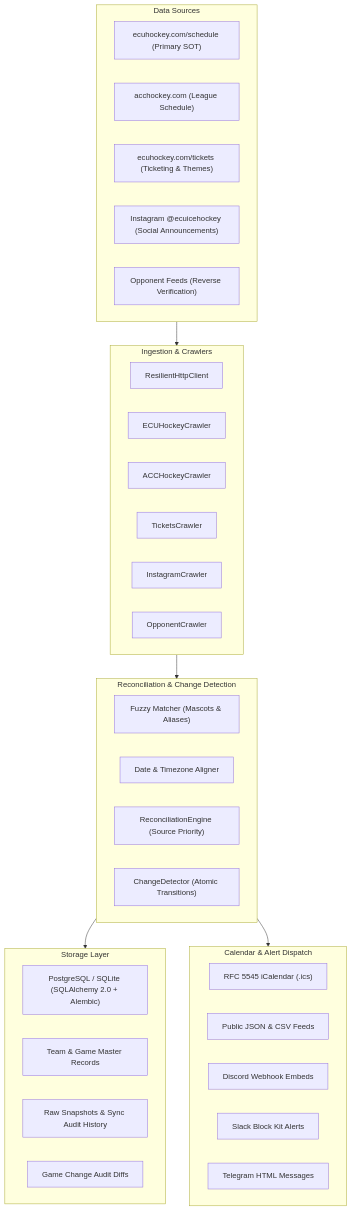
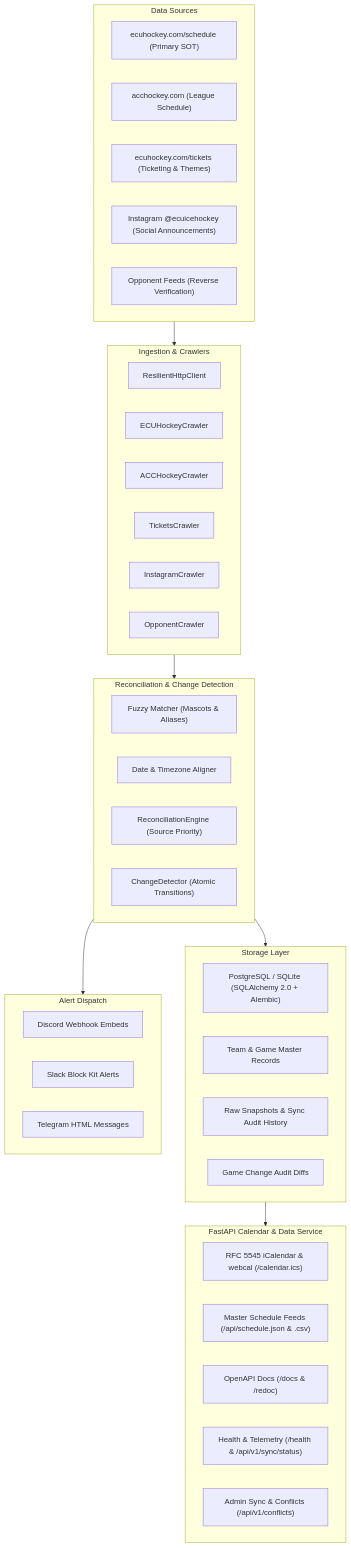
The diagram in README.md (bdperkin/ecu-hockey-calendar), drawn with Mermaid before and after one commit. The commit also changed other lines of this file and 6 other files, not shown here.

````diff
--- a/README.md
+++ b/README.md
@@ -46,46 +50,53 @@
 ```mermaid
 flowchart TD
     subgraph SOT["Data Sources"]
         S1["ecuhockey.com/schedule (Primary SOT)"]
         S2["acchockey.com (League Schedule)"]
         S3["ecuhockey.com/tickets (Ticketing & Themes)"]
         S4["Instagram @ecuicehockey (Social Announcements)"]
         S5["Opponent Feeds (Reverse Verification)"]
     end
 
     subgraph WORKER["Ingestion & Crawlers"]
         W1["ResilientHttpClient"]
         W2["ECUHockeyCrawler"]
         W3["ACCHockeyCrawler"]
         W4["TicketsCrawler"]
         W5["InstagramCrawler"]
         W6["OpponentCrawler"]
     end
 
     subgraph REC["Reconciliation & Change Detection"]
         R1["Fuzzy Matcher (Mascots & Aliases)"]
         R2["Date & Timezone Aligner"]
         R3["ReconciliationEngine (Source Priority)"]
         R4["ChangeDetector (Atomic Transitions)"]
     end
 
     subgraph DB["Storage Layer"]
         D1["PostgreSQL / SQLite (SQLAlchemy 2.0 + Alembic)"]
         D2["Team & Game Master Records"]
         D3["Raw Snapshots & Sync Audit History"]
         D4["Game Change Audit Diffs"]
     end
 
-    subgraph OUT["Calendar & Alert Dispatch"]
-        A1["RFC 5545 iCalendar (.ics)"]
-        A2["Public JSON & CSV Feeds"]
-        A3["Discord Webhook Embeds"]
-        A4["Slack Block Kit Alerts"]
-        A5["Telegram HTML Messages"]
+    subgraph API["FastAPI Calendar & Data Service"]
+        P1["RFC 5545 iCalendar & webcal (/calendar.ics)"]
+        P2["Master Schedule Feeds (/api/schedule.json & .csv)"]
+        P3["OpenAPI Docs (/docs & /redoc)"]
+        P4["Health & Telemetry (/health & /api/v1/sync/status)"]
+        P5["Admin Sync & Conflicts (/api/v1/conflicts)"]
+    end
+
+    subgraph OUT["Alert Dispatch"]
+        A1["Discord Webhook Embeds"]
+        A2["Slack Block Kit Alerts"]
+        A3["Telegram HTML Messages"]
     end
 
     SOT --> WORKER
     WORKER --> REC
     REC --> DB
     REC --> OUT
+    DB --> API
 ```
````
